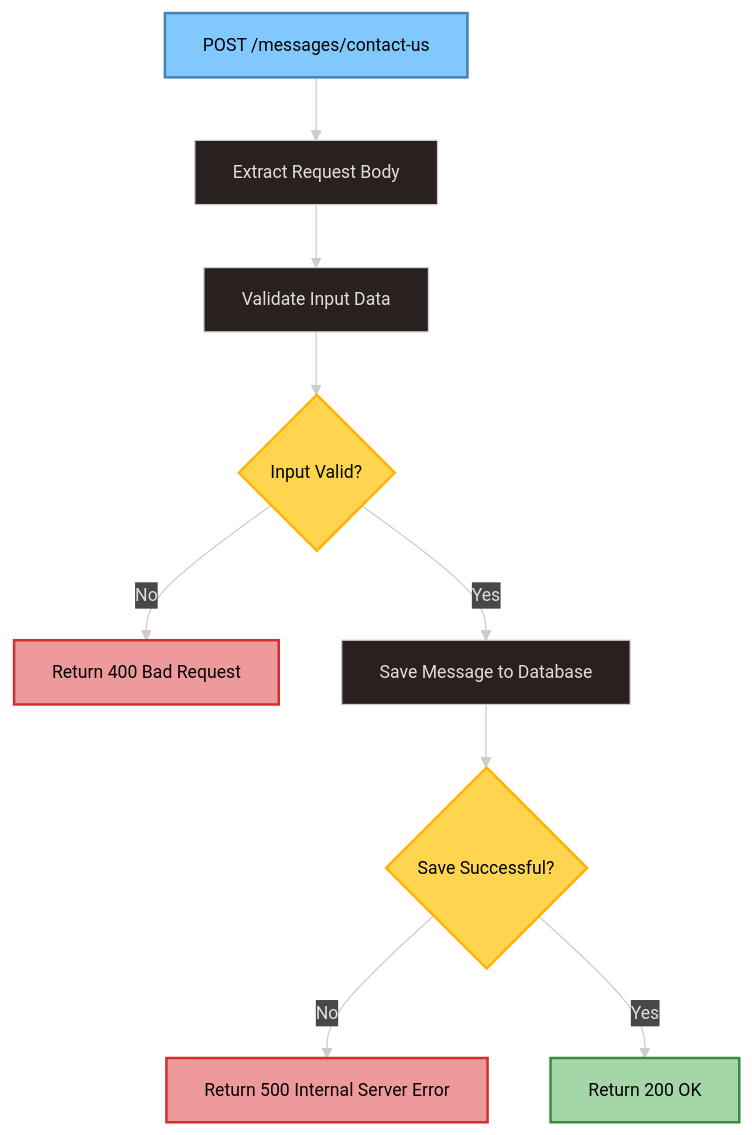
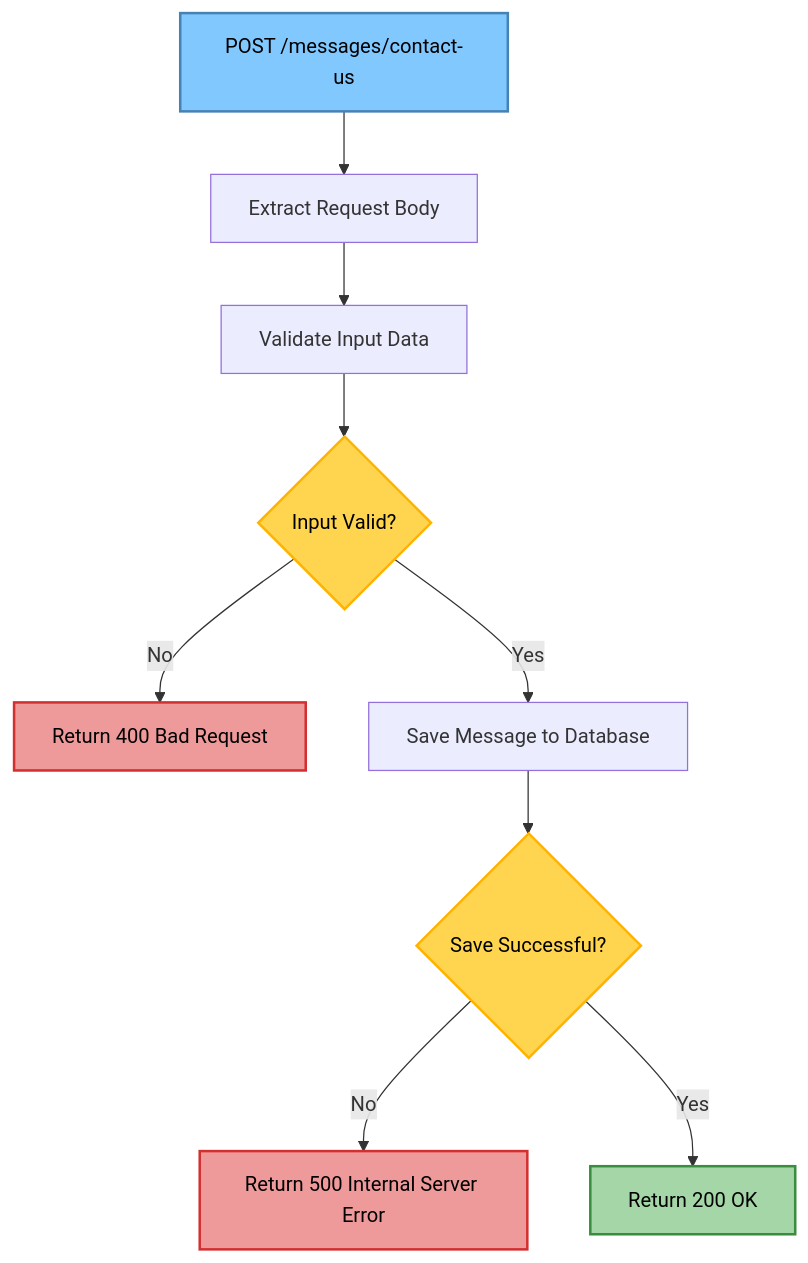
The eighth of 11 diagrams in apiFlows.md (keshrinandan99/openlogo-demo-apiflow), drawn with Mermaid before and after one commit. The commit also changed other lines of this file, not shown here.

````diff
--- a/apiFlows.md
+++ b/apiFlows.md
@@ -540,28 +540,23 @@
 ```mermaid
----
-config:
-  theme: neo-dark
-  look: classic
-  layout: dagre
----
+
 flowchart TD
 %% API Flow: POST /messages/contact-us
 Start[POST /messages/contact-us] --> ExtractBody[Extract Request Body]
 ExtractBody --> ValidateInput[Validate Input Data]
 ValidateInput --> InputValid{Input Valid?}
 InputValid -->|No| Input400[Return 400 Bad Request]
 InputValid -->|Yes| SaveMessage[Save Message to Database]
 SaveMessage --> SaveSuccess{Save Successful?}
 SaveSuccess -->|No| Save500[Return 500 Internal Server Error]
 SaveSuccess -->|Yes| Success200[Return 200 OK]
 
 classDef startEnd fill:#81C8FF,stroke:#4682B4,stroke-width:2px,color:#000;
 classDef decision fill:#FFD54F,stroke:#FFB300,stroke-width:2px,color:#000;
 classDef success fill:#A5D6A7,stroke:#388E3C,stroke-width:2px,color:#000;
 classDef error fill:#EF9A9A,stroke:#D32F2F,stroke-width:2px,color:#000;
 
 class Start,Success200 startEnd
 class InputValid,SaveSuccess decision
 class Success200 success
 class Input400,Save500 error
 ```
````
